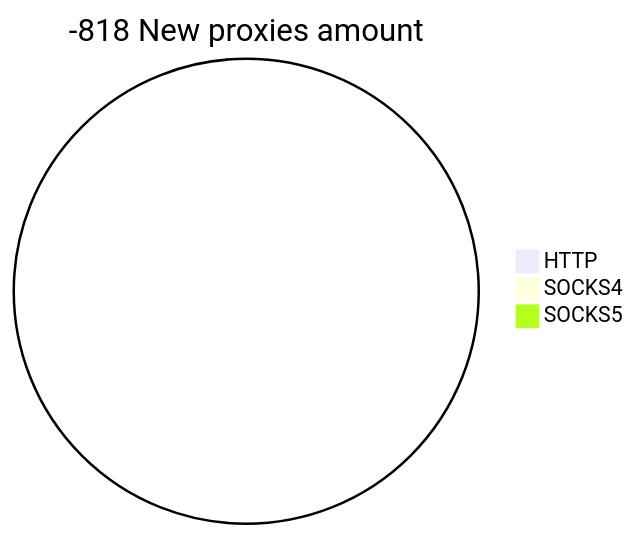
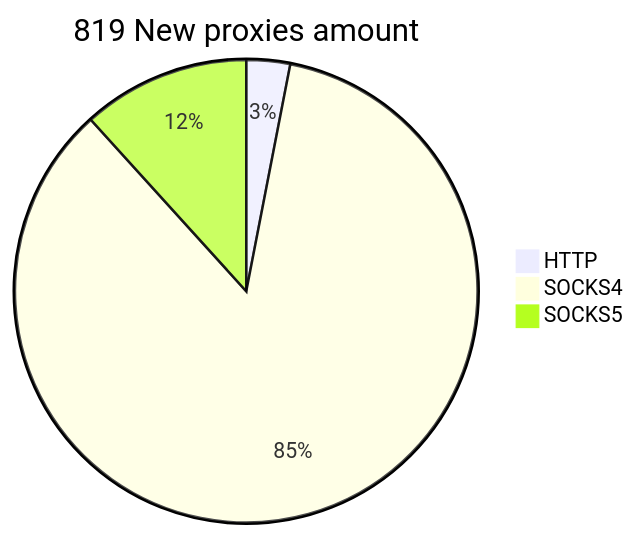
Before and after one commit to cutipu/proxylist: the second of 2 diagrams in README.md, drawn with Mermaid. The commit also changed other lines of this file, not shown here.

````diff
--- a/README.md
+++ b/README.md
@@ -10,6 +10,6 @@
 ```mermaid
-pie title -818 New proxies amount
-    "HTTP" : 0
-    "SOCKS4" : 0
-    "SOCKS5" : 0
+pie title 819 New proxies amount
+    "HTTP" : 25
+    "SOCKS4" : 698
+    "SOCKS5" : 96
 ```
````
